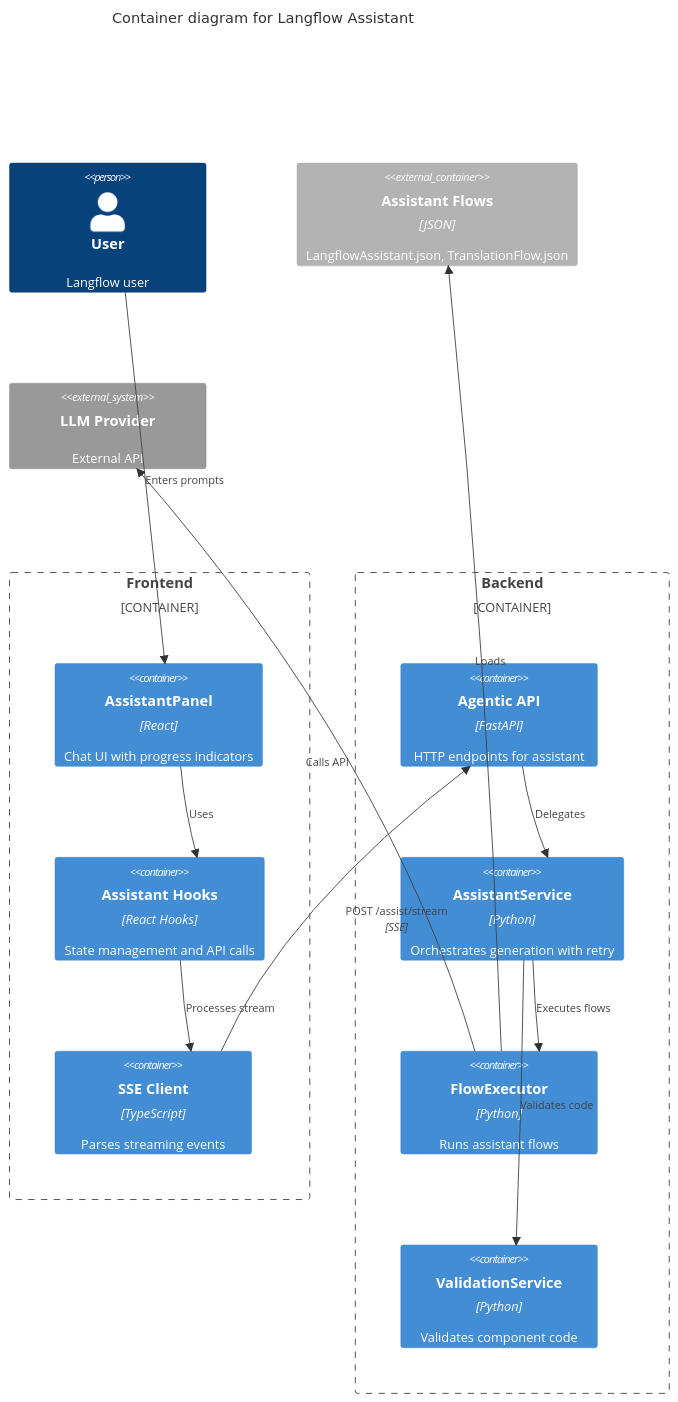
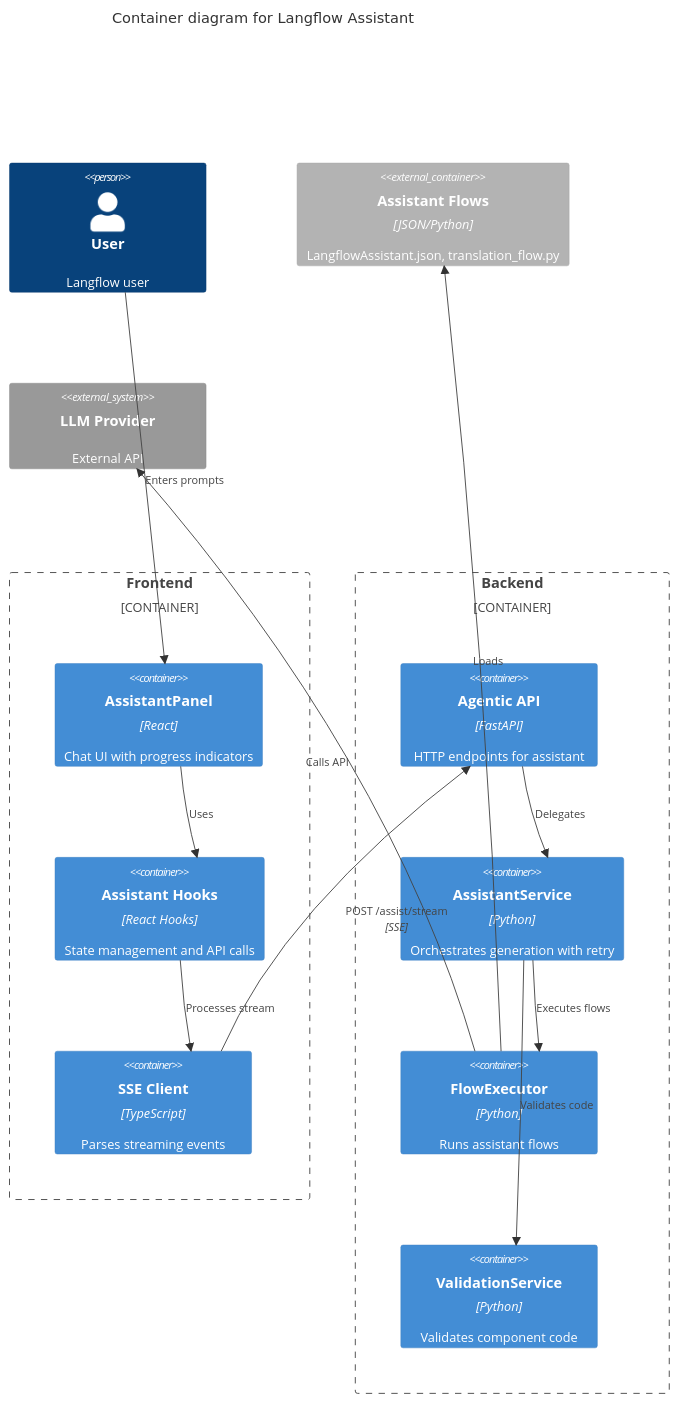
One commit to langflow-ai/langflow changed the second of 3 diagrams in docs/features/langflow-assistant.md. Above: the diagram before and after it, drawn with Mermaid. The commit also changed other lines of this file and 10 other files, not shown here.

````diff
--- a/docs/features/langflow-assistant.md
+++ b/docs/features/langflow-assistant.md
@@ -659,32 +848,32 @@
 ```mermaid
 C4Container
   title Container diagram for Langflow Assistant
 
   Person(user, "User", "Langflow user")
 
   Container_Boundary(frontend, "Frontend") {
     Container(assistant_panel, "AssistantPanel", "React", "Chat UI with progress indicators")
     Container(assistant_hooks, "Assistant Hooks", "React Hooks", "State management and API calls")
     Container(sse_client, "SSE Client", "TypeScript", "Parses streaming events")
   }
 
   Container_Boundary(backend, "Backend") {
     Container(agentic_api, "Agentic API", "FastAPI", "HTTP endpoints for assistant")
     Container(assistant_service, "AssistantService", "Python", "Orchestrates generation with retry")
     Container(flow_executor, "FlowExecutor", "Python", "Runs assistant flows")
     Container(validation_service, "ValidationService", "Python", "Validates component code")
   }
 
-  Container_Ext(flows, "Assistant Flows", "JSON", "LangflowAssistant.json, TranslationFlow.json")
+  Container_Ext(flows, "Assistant Flows", "JSON/Python", "LangflowAssistant.json, translation_flow.py")
   System_Ext(llm, "LLM Provider", "External API")
 
   Rel(user, assistant_panel, "Enters prompts")
   Rel(assistant_panel, assistant_hooks, "Uses")
   Rel(assistant_hooks, sse_client, "Processes stream")
   Rel(sse_client, agentic_api, "POST /assist/stream", "SSE")
   Rel(agentic_api, assistant_service, "Delegates")
   Rel(assistant_service, flow_executor, "Executes flows")
   Rel(assistant_service, validation_service, "Validates code")
   Rel(flow_executor, flows, "Loads")
   Rel(flow_executor, llm, "Calls API")
 ```
````
